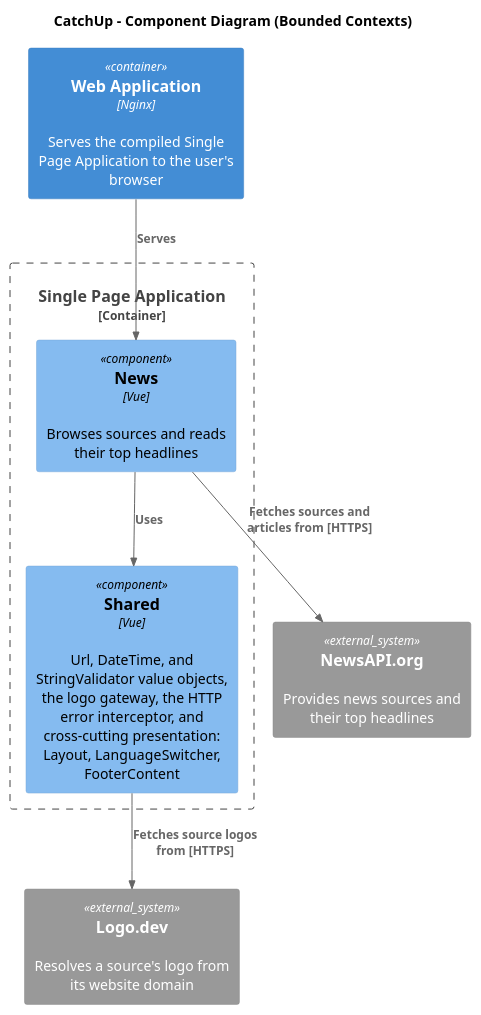
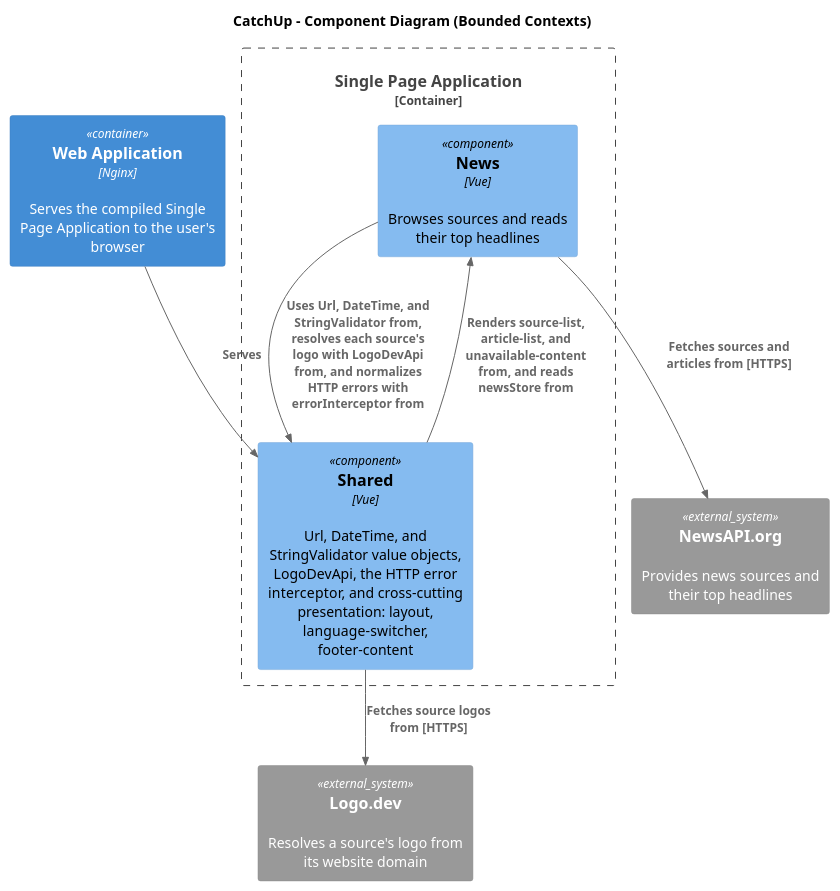
One commit to sebita97788/catch-up changed the diagram in docs/c4/components-frontend.puml. Above: the diagram before and after it, drawn with PlantUML. The commit also changed 2 other files, not shown here.

```diff
--- a/docs/c4/components-frontend.puml
+++ b/docs/c4/components-frontend.puml
@@ -1,19 +1,20 @@
 @startuml "Components-Bounded Contexts"
 !includeurl https://raw.githubusercontent.com/plantuml-stdlib/C4-PlantUML/master/C4_Component.puml
 
 title CatchUp - Component Diagram (Bounded Contexts)
 
 Container(web, "Web Application", "Nginx", "Serves the compiled Single Page Application to the user's browser")
 System_Ext(newsapi, "NewsAPI.org", "Provides news sources and their top headlines")
 System_Ext(logodev, "Logo.dev", "Resolves a source's logo from its website domain")
 
 Container_Boundary(spa, "Single Page Application") {
     Component(news, "News", "Vue", "Browses sources and reads their top headlines")
-    Component(shared, "Shared", "Vue", "Url, DateTime, and StringValidator value objects, the logo gateway, the HTTP error interceptor, and cross-cutting presentation: Layout, LanguageSwitcher, FooterContent")
+    Component(shared, "Shared", "Vue", "Url, DateTime, and StringValidator value objects, LogoDevApi, the HTTP error interceptor, and cross-cutting presentation: layout, language-switcher, footer-content")
 }
 
-Rel(web, news, "Serves")
-Rel(news, shared, "Uses")
+Rel(web, shared, "Serves")
+Rel(shared, news, "Renders source-list, article-list, and unavailable-content from, and reads newsStore from")
+Rel(news, shared, "Uses Url, DateTime, and StringValidator from, resolves each source's logo with LogoDevApi from, and normalizes HTTP errors with errorInterceptor from")
 Rel(news, newsapi, "Fetches sources and articles from [HTTPS]")
 Rel(shared, logodev, "Fetches source logos from [HTTPS]")
 @enduml
```
